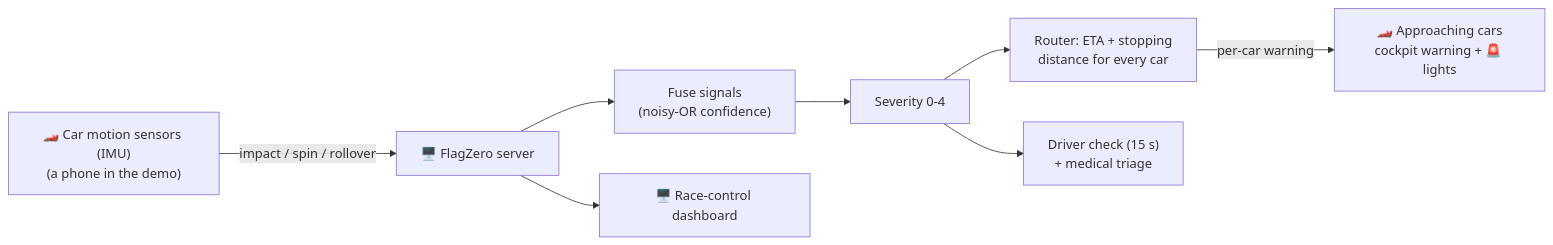
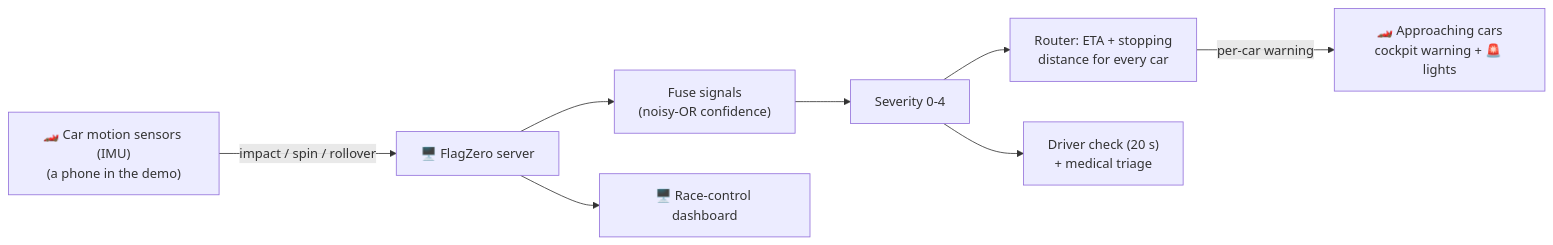
One commit to anshikabindlish/FlagZero changed the diagram in README.md. Above: the diagram before and after it, drawn with Mermaid. The commit also changed other lines of this file and 10 other files, not shown here.

First line of the commit message:
Driver check countdown: 15 s -> 20 s before the automatic red flag

````diff
--- a/README.md
+++ b/README.md
@@ -59,10 +59,10 @@
 ```mermaid
 flowchart LR
     P["🏎️ Car motion sensors (IMU)<br/>(a phone in the demo)"] -->|impact / spin / rollover| S
     S["🖥️ FlagZero server"] --> F["Fuse signals<br/>(noisy-OR confidence)"]
     F --> V["Severity 0-4"]
     V --> R["Router: ETA + stopping<br/>distance for every car"]
     R -->|per-car warning| C["🏎️ Approaching cars<br/>cockpit warning + 🚨 lights"]
-    V --> M["Driver check (15 s)<br/>+ medical triage"]
+    V --> M["Driver check (20 s)<br/>+ medical triage"]
     S --> D["🖥️ Race-control dashboard"]
 ```
````
